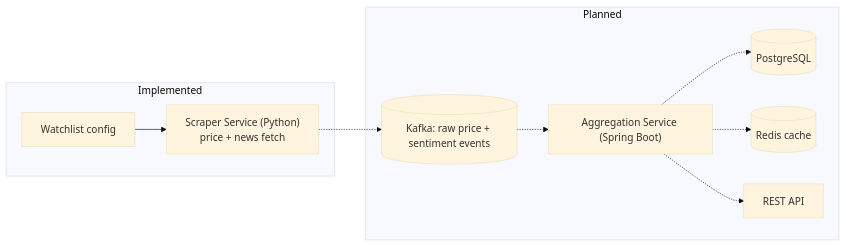
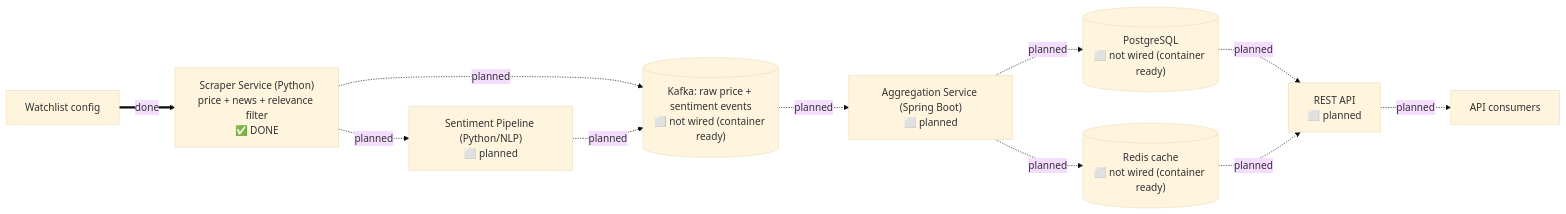
Before and after one commit to shreyansgosalia18/marketpulse: the diagram in docs/architecture/system-overview.md, drawn with Mermaid (base theme). The commit also changed other lines of this file and 7 other files, not shown here.

First line of the commit message:
Add Docker Compose for local dev (Kafka, PostgreSQL, Redis)

````diff
--- a/docs/architecture/system-overview.md
+++ b/docs/architecture/system-overview.md
@@ -7,13 +7,23 @@
 ```mermaid
 flowchart LR
-    subgraph Implemented
-        WL[Watchlist config] --> SC["Scraper Service (Python)<br/>price + news fetch"]
-    end
-    subgraph Planned
-        SC -.-> KAFKA[(Kafka: raw price + sentiment events)]
-        KAFKA -.-> AGG["Aggregation Service (Spring Boot)"]
-        AGG -.-> PG[(PostgreSQL)]
-        AGG -.-> REDIS[(Redis cache)]
-        AGG -.-> API["REST API"]
-    end
+    WL["Watchlist config"]
+    SC["Scraper Service (Python)<br/>price + news + relevance filter<br/>✅ DONE"]
+    SENT["Sentiment Pipeline (Python/NLP)<br/>⬜ planned"]
+    KAFKA[("Kafka: raw price + sentiment events<br/>⬜ not wired (container ready)")]
+    AGG["Aggregation Service (Spring Boot)<br/>⬜ planned"]
+    PG[("PostgreSQL<br/>⬜ not wired (container ready)")]
+    REDIS[("Redis cache<br/>⬜ not wired (container ready)")]
+    API["REST API<br/>⬜ planned"]
+    CONSUMERS["API consumers"]
+
+    WL ==>|done| SC
+    SC -.->|planned| KAFKA
+    SC -.->|planned| SENT
+    SENT -.->|planned| KAFKA
+    KAFKA -.->|planned| AGG
+    AGG -.->|planned| PG
+    AGG -.->|planned| REDIS
+    PG -.->|planned| API
+    REDIS -.->|planned| API
+    API -.->|planned| CONSUMERS
 ```
````
